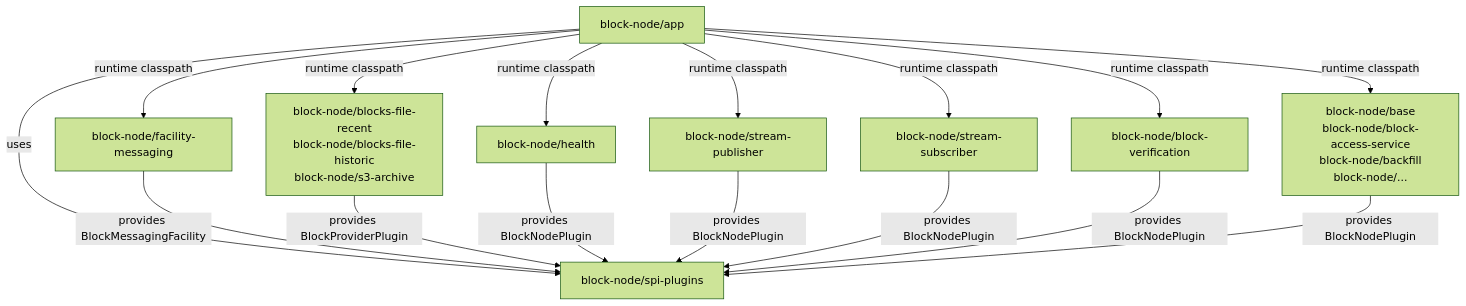
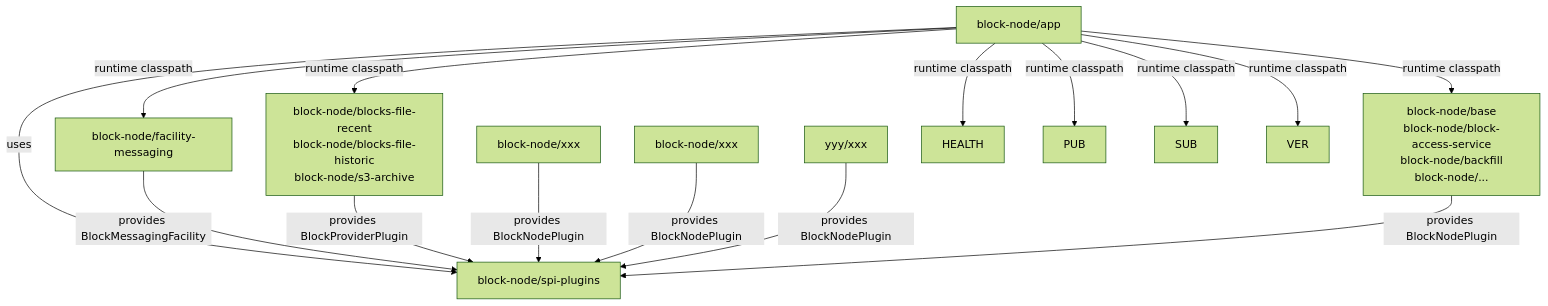
Before and after one commit to hiero-ledger/hiero-block-node: the fourth of 4 diagrams in docs/design/architecture/current-plugin-architecture.md, drawn with Mermaid (forest theme). The commit also changed other lines of this file and 1 other file, not shown here.

First line of the commit message:
- address comments for current architecture.

````diff
--- a/docs/design/architecture/current-plugin-architecture.md
+++ b/docs/design/architecture/current-plugin-architecture.md
@@ -354,12 +356,11 @@
 ```mermaid
 flowchart TD
     APP[block-node/app] -->|uses| SPI[block-node/spi-plugins]
     MSG[block-node/facility-messaging] -->|provides BlockMessagingFacility| SPI
     HIST[block-node/blocks-file-recent\nblock-node/blocks-file-historic\nblock-node/s3-archive] -->|provides BlockProviderPlugin| SPI
-    HEALTH[block-node/health] -->|provides BlockNodePlugin| SPI
-    PUB[block-node/stream-publisher] -->|provides BlockNodePlugin| SPI
-    SUB[block-node/stream-subscriber] -->|provides BlockNodePlugin| SPI
-    VER[block-node/block-verification] -->|provides BlockNodePlugin| SPI
+    CORE[block-node/xxx] -->|provides BlockNodePlugin| SPI
+    COMM[block-node/xxx] -->|provides BlockNodePlugin| SPI
+    PRIV[yyy/xxx] -->|provides BlockNodePlugin| SPI
     BAS[block-node/base\nblock-node/block-access-service\nblock-node/backfill\nblock-node/...] -->|provides BlockNodePlugin| SPI
     APP -->|runtime classpath| MSG & HIST & HEALTH & PUB & SUB & VER & BAS
 ```
````
